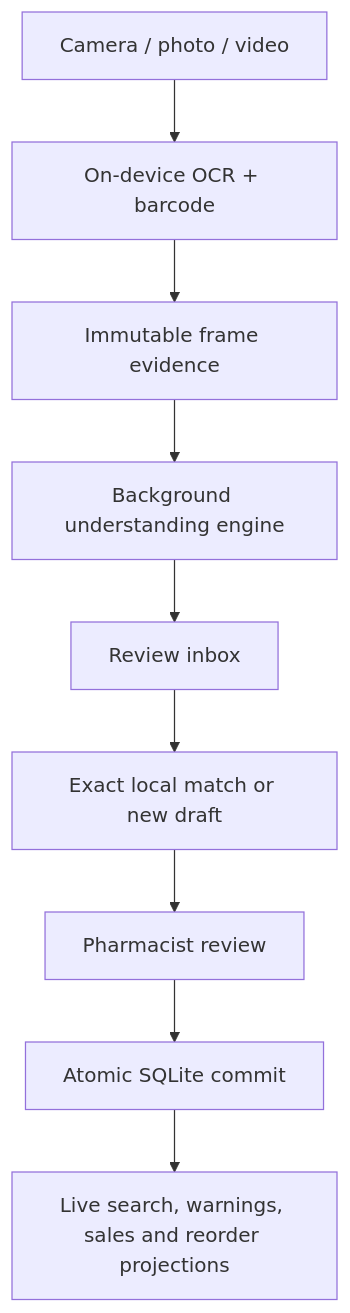
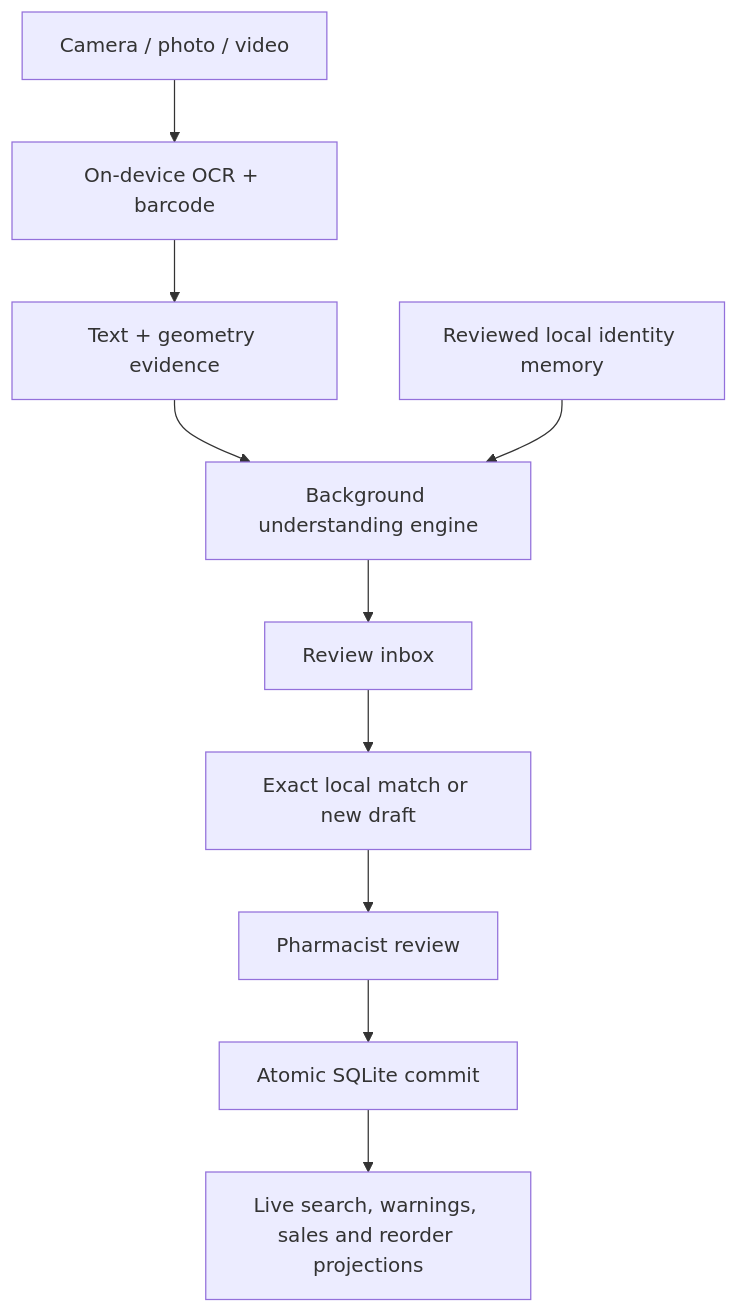
The diagram in docs/CODEBASE_TREE.md (warishakhan3548-hash/updating-repository), drawn with Mermaid before and after one commit. The commit also changed other lines of this file and 5 other files, not shown here.

````diff
--- a/docs/CODEBASE_TREE.md
+++ b/docs/CODEBASE_TREE.md
@@ -42,11 +42,12 @@
 ```mermaid
 flowchart TD
   C["Camera / photo / video"] --> V["On-device OCR + barcode"]
-  V --> E["Immutable frame evidence"]
+  V --> E["Text + geometry evidence"]
   E --> U["Background understanding engine"]
+  K["Reviewed local identity memory"] --> U
   U --> I["Review inbox"]
   I --> M["Exact local match or new draft"]
   M --> R["Pharmacist review"]
   R --> D["Atomic SQLite commit"]
   D --> P["Live search, warnings, sales and reorder projections"]
 ```
````
